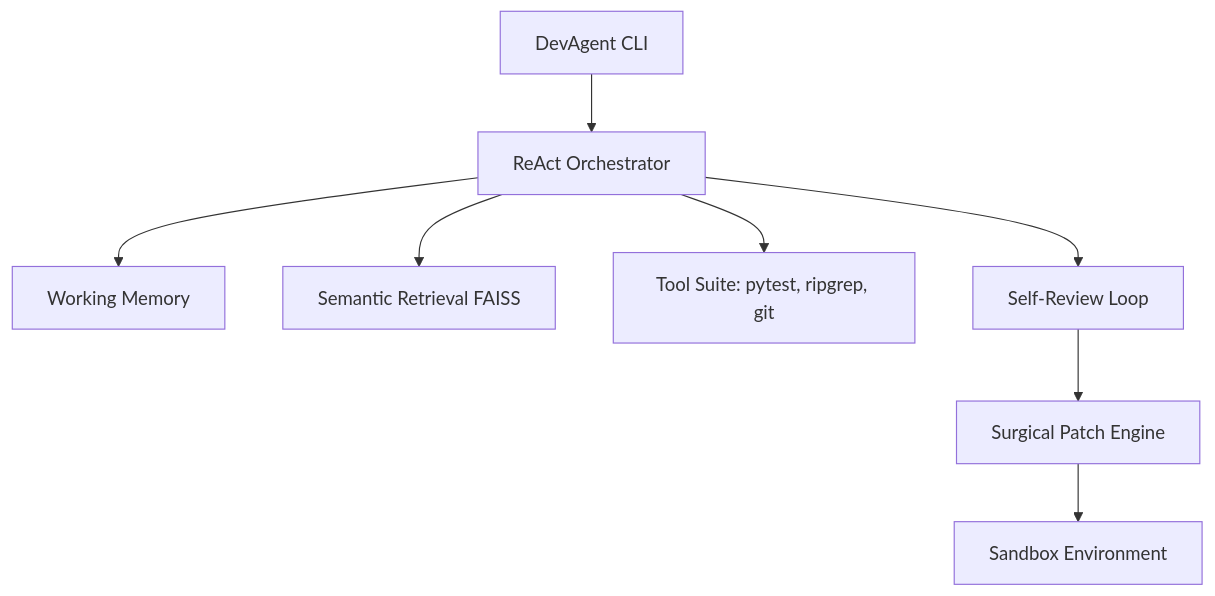
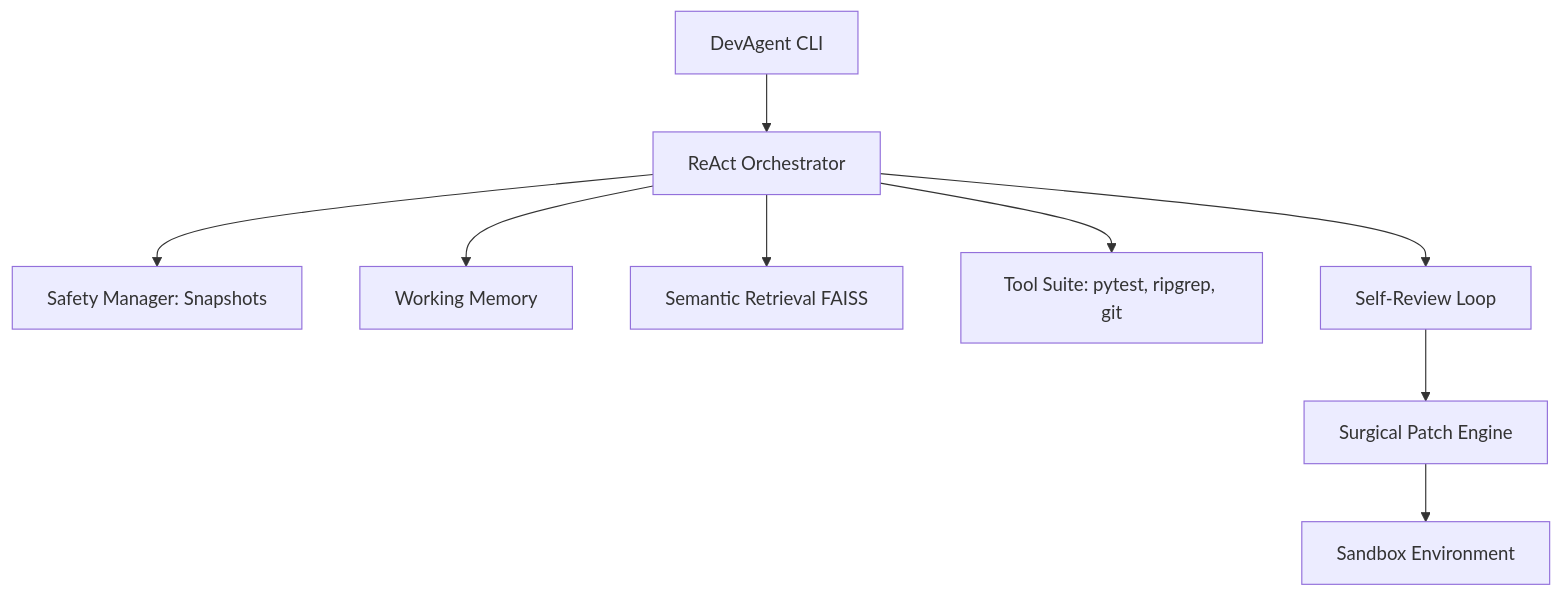
Before and after one commit to VedantJadhav701/Developer-Code-Intelligence-Agent: the diagram in README.md, drawn with Mermaid. The commit also changed other lines of this file and 6 other files, not shown here.

````diff
--- a/README.md
+++ b/README.md
@@ -136,10 +136,11 @@
 ```mermaid
 graph TD
     CLI[DevAgent CLI] --> Orchestrator[ReAct Orchestrator]
+    Orchestrator --> Safety[Safety Manager: Snapshots]
     Orchestrator --> Memory[Working Memory]
     Orchestrator --> Retrieval[Semantic Retrieval FAISS]
     Orchestrator --> Tools[Tool Suite: pytest, ripgrep, git]
     Orchestrator --> Reviewer[Self-Review Loop]
     Reviewer --> Patch[Surgical Patch Engine]
     Patch --> Sandbox[Sandbox Environment]
 ```
````
